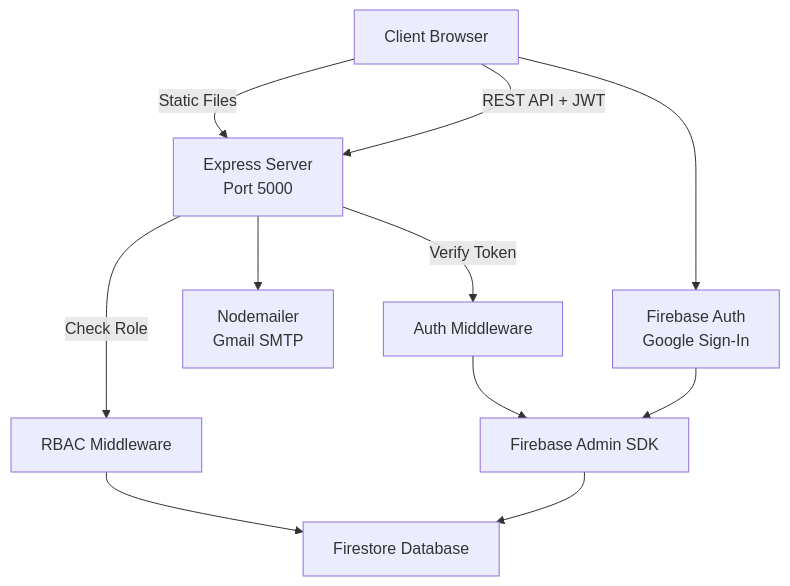
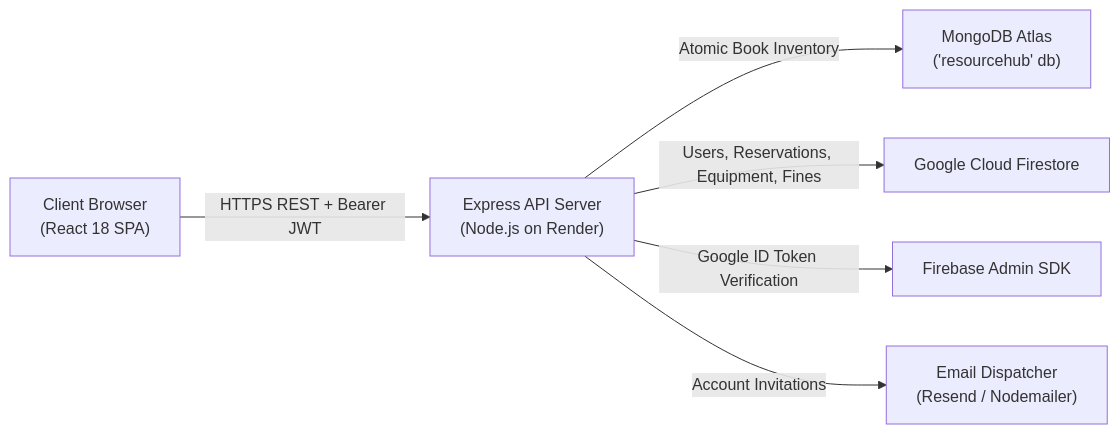
The diagram in README.md (Sarthak003khurana/library-management-system), drawn with Mermaid before and after one commit. The commit also changed other lines of this file and 5 other files, not shown here.

Commit message:
updated readme and added architecture.md file

````diff
--- a/README.md
+++ b/README.md
@@ -682,13 +98,8 @@
 ```mermaid
-flowchart TD
-    A[Client Browser] -->|Static Files| B[Express Server<br/>Port 5000]
-    A -->|REST API + JWT| B
-    B -->|Verify Token| C[Auth Middleware]
-    B -->|Check Role| D[RBAC Middleware]
-    C --> E[Firebase Admin SDK]
-    D --> F[Firestore Database]
-    E --> F
-    B --> G[Nodemailer<br/>Gmail SMTP]
-    A --> H[Firebase Auth<br/>Google Sign-In]
-    H --> E
+flowchart LR
+    User["Client Browser<br/>(React 18 SPA)"] -->|HTTPS REST + Bearer JWT| Server["Express API Server<br/>(Node.js on Render)"]
+    Server -->|Atomic Book Inventory| Mongo["MongoDB Atlas<br/>('resourcehub' db)"]
+    Server -->|Users, Reservations, Equipment, Fines| Firestore["Google Cloud Firestore"]
+    Server -->|Google ID Token Verification| FirebaseAuth["Firebase Admin SDK"]
+    Server -->|Account Invitations| Email["Email Dispatcher<br/>(Resend / Nodemailer)"]
 ```
````
